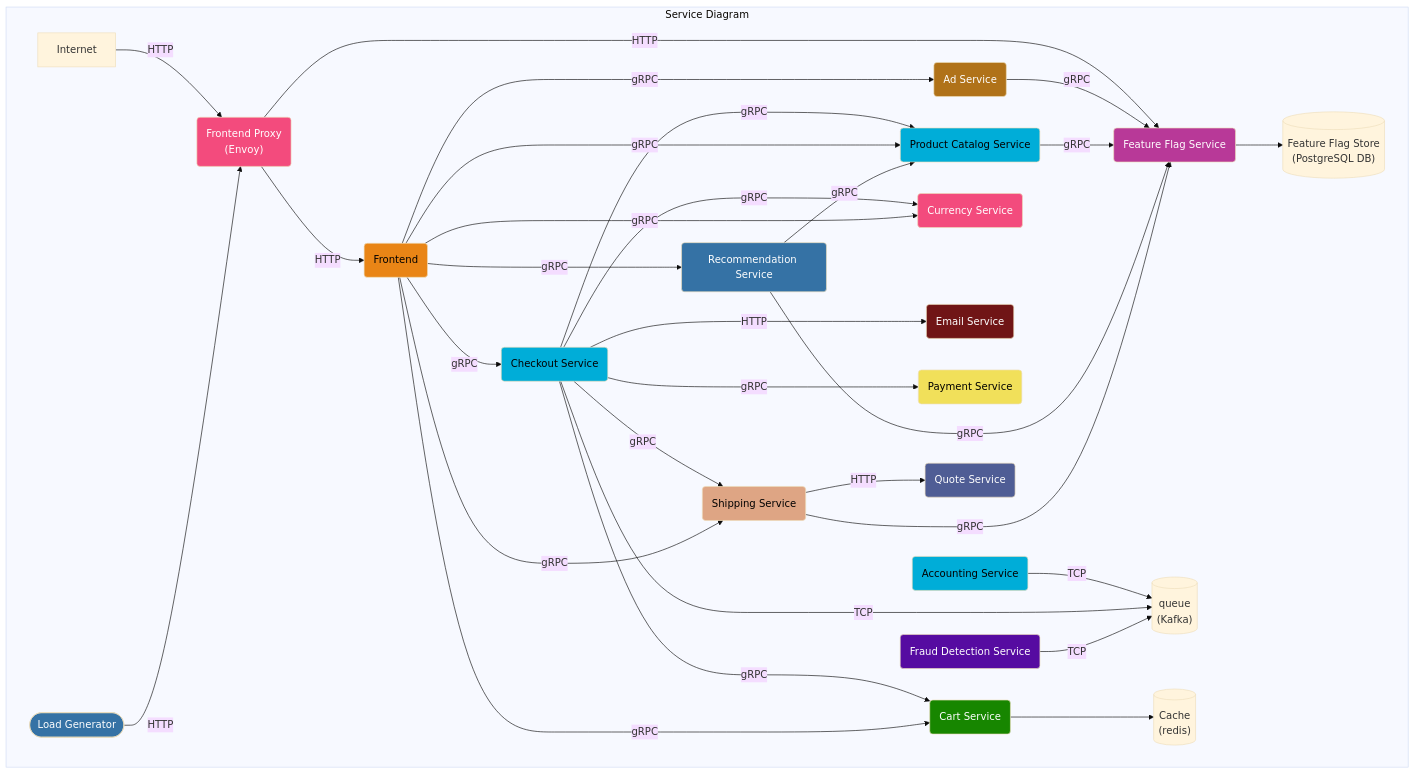
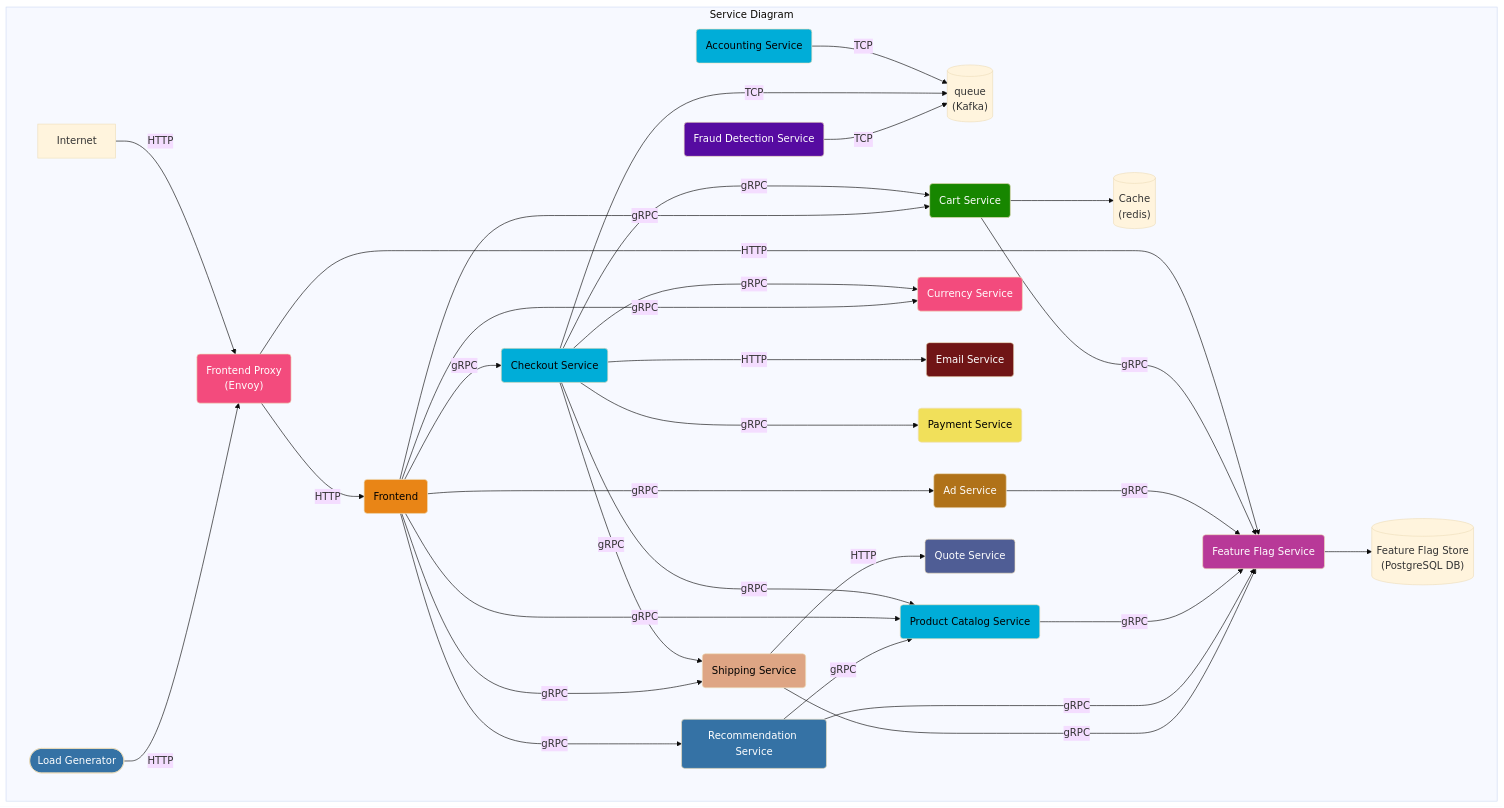
Before and after one commit to open-telemetry/opentelemetry.io: the first of 3 diagrams in content/en/docs/demo/architecture.md, drawn with Mermaid (base theme).

Commit message:
Add missing link to demo architecture
The cartservice calls the featureflagservice.

````diff
--- a/content/en/docs/demo/architecture.md
+++ b/content/en/docs/demo/architecture.md
@@ -14,73 +14,75 @@
 ```mermaid
 graph TD
 subgraph Service Diagram
 accountingservice(Accounting Service):::golang
 adservice(Ad Service):::java
 cache[(Cache<br/>&#40redis&#41)]
 cartservice(Cart Service):::dotnet
 checkoutservice(Checkout Service):::golang
 currencyservice(Currency Service):::cpp
 emailservice(Email Service):::ruby
 frauddetectionservice(Fraud Detection Service):::kotlin
 frontend(Frontend):::typescript
 frontendproxy(Frontend Proxy <br/>&#40Envoy&#41):::cpp
 loadgenerator([Load Generator]):::python
 paymentservice(Payment Service):::javascript
 productcatalogservice(Product Catalog Service):::golang
 quoteservice(Quote Service):::php
 recommendationservice(Recommendation Service):::python
 shippingservice(Shipping Service):::rust
 featureflagservice(Feature Flag Service):::erlang
 featureflagstore[(Feature Flag Store<br/>&#40PostgreSQL DB&#41)]
 queue[(queue<br/>&#40Kafka&#41)]
 
 Internet -->|HTTP| frontendproxy
 frontendproxy -->|HTTP| frontend
 frontendproxy -->|HTTP| featureflagservice
 loadgenerator -->|HTTP| frontendproxy
 
 accountingservice -->|TCP| queue
 
+cartservice --->|gRPC| featureflagservice
+
 checkoutservice --->|gRPC| cartservice --> cache
 checkoutservice --->|gRPC| productcatalogservice
 checkoutservice --->|gRPC| currencyservice
 checkoutservice --->|HTTP| emailservice
 checkoutservice --->|gRPC| paymentservice
 checkoutservice -->|gRPC| shippingservice
-checkoutservice ---->|TCP| queue
+checkoutservice --->|TCP| queue
 
 frontend -->|gRPC| adservice
 frontend -->|gRPC| cartservice
 frontend -->|gRPC| productcatalogservice
 frontend -->|gRPC| checkoutservice
 frontend -->|gRPC| currencyservice
 frontend -->|gRPC| recommendationservice -->|gRPC| productcatalogservice
 frontend -->|gRPC| shippingservice -->|HTTP| quoteservice
 
 frauddetectionservice -->|TCP| queue
 
-adservice -->|gRPC| featureflagservice
+adservice --->|gRPC| featureflagservice
 
 productcatalogservice -->|gRPC| featureflagservice
 
 recommendationservice -->|gRPC| featureflagservice
 
 shippingservice -->|gRPC| featureflagservice
 
 featureflagservice --> featureflagstore
 
 end
 
 classDef dotnet fill:#178600,color:white;
 classDef cpp fill:#f34b7d,color:white;
 classDef erlang fill:#b83998,color:white;
 classDef golang fill:#00add8,color:black;
 classDef java fill:#b07219,color:white;
 classDef javascript fill:#f1e05a,color:black;
 classDef kotlin fill:#560ba1,color:white;
 classDef php fill:#4f5d95,color:white;
 classDef python fill:#3572A5,color:white;
 classDef ruby fill:#701516,color:white;
 classDef rust fill:#dea584,color:black;
 classDef typescript fill:#e98516,color:black;
 ```
````
